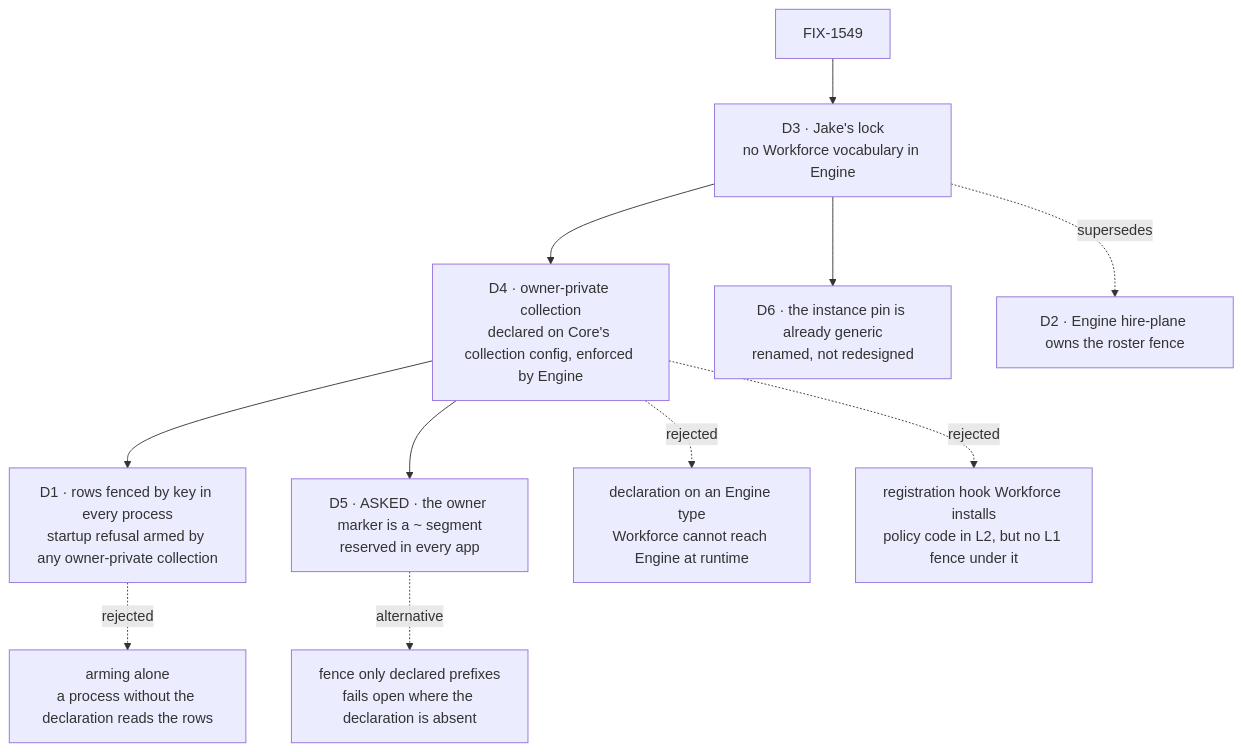
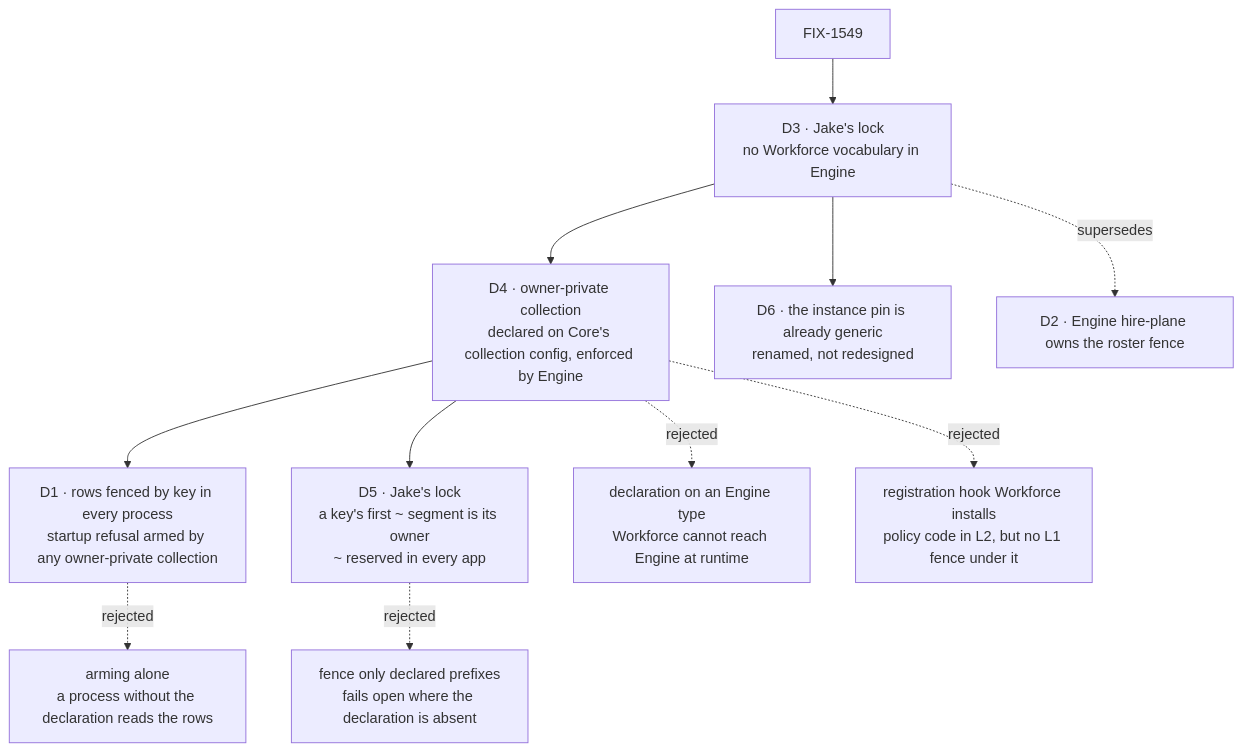
One commit to fixpoint-labs/flow-state-dev changed the diagram in specs/issues/FIX-1549/DECISIONS.md. Above: the diagram before and after it, drawn with Mermaid. The commit also changed other lines of this file and 5 other files, not shown here.

````diff
--- a/specs/issues/FIX-1549/DECISIONS.md
+++ b/specs/issues/FIX-1549/DECISIONS.md
@@ -11,13 +11,13 @@
 ```mermaid
 flowchart TD
   I["FIX-1549"] --> D3["D3 · Jake's lock<br/>no Workforce vocabulary in Engine"]
   D3 --> D4["D4 · owner-private collection<br/>declared on Core's collection config, enforced by Engine"]
   D3 --> D6["D6 · the instance pin is already generic<br/>renamed, not redesigned"]
   D4 --> D1["D1 · rows fenced by key in every process<br/>startup refusal armed by any owner-private collection"]
-  D4 --> D5["D5 · ASKED · the owner marker is a ~ segment<br/>reserved in every app"]
+  D4 --> D5["D5 · Jake's lock<br/>a key's first ~ segment is its owner<br/>~ reserved in every app"]
   D3 -.->|"supersedes"| D2["D2 · Engine hire-plane owns the roster fence"]
   D4 -.->|"rejected"| X1["declaration on an Engine type<br/>Workforce cannot reach Engine at runtime"]
   D4 -.->|"rejected"| X2["registration hook Workforce installs<br/>policy code in L2, but no L1 fence under it"]
-  D5 -.->|"alternative"| X3["fence only declared prefixes<br/>fails open where the declaration is absent"]
+  D5 -.->|"rejected"| X3["fence only declared prefixes<br/>fails open where the declaration is absent"]
   D1 -.->|"rejected"| X5["arming alone<br/>a process without the declaration reads the rows"]
 ```
````
